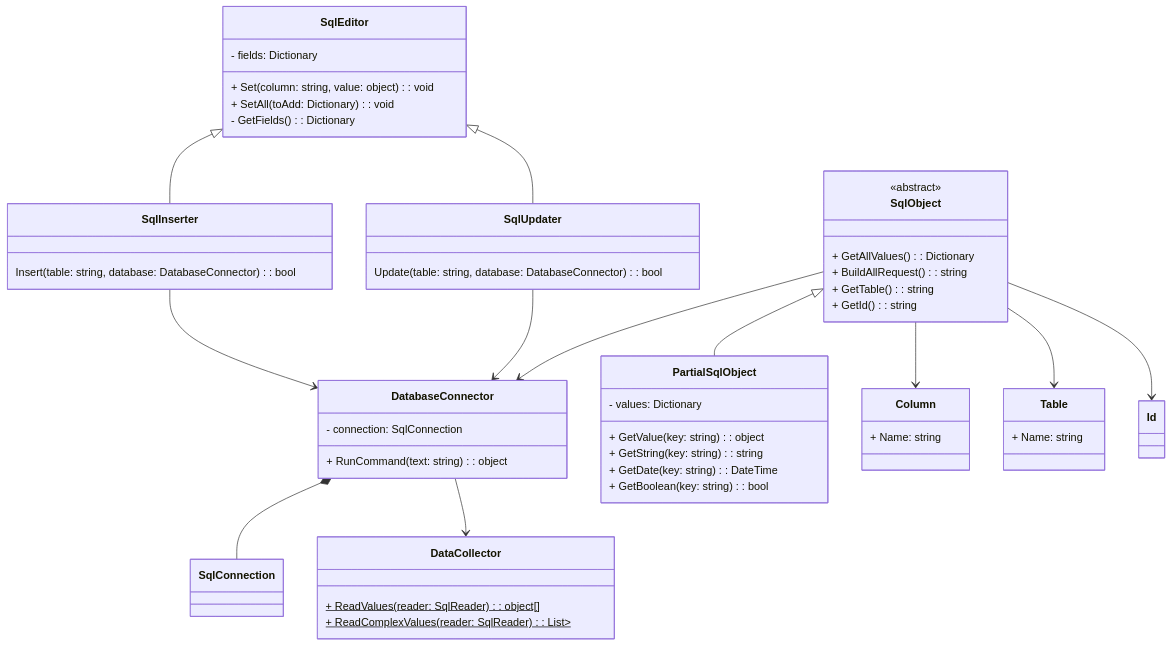
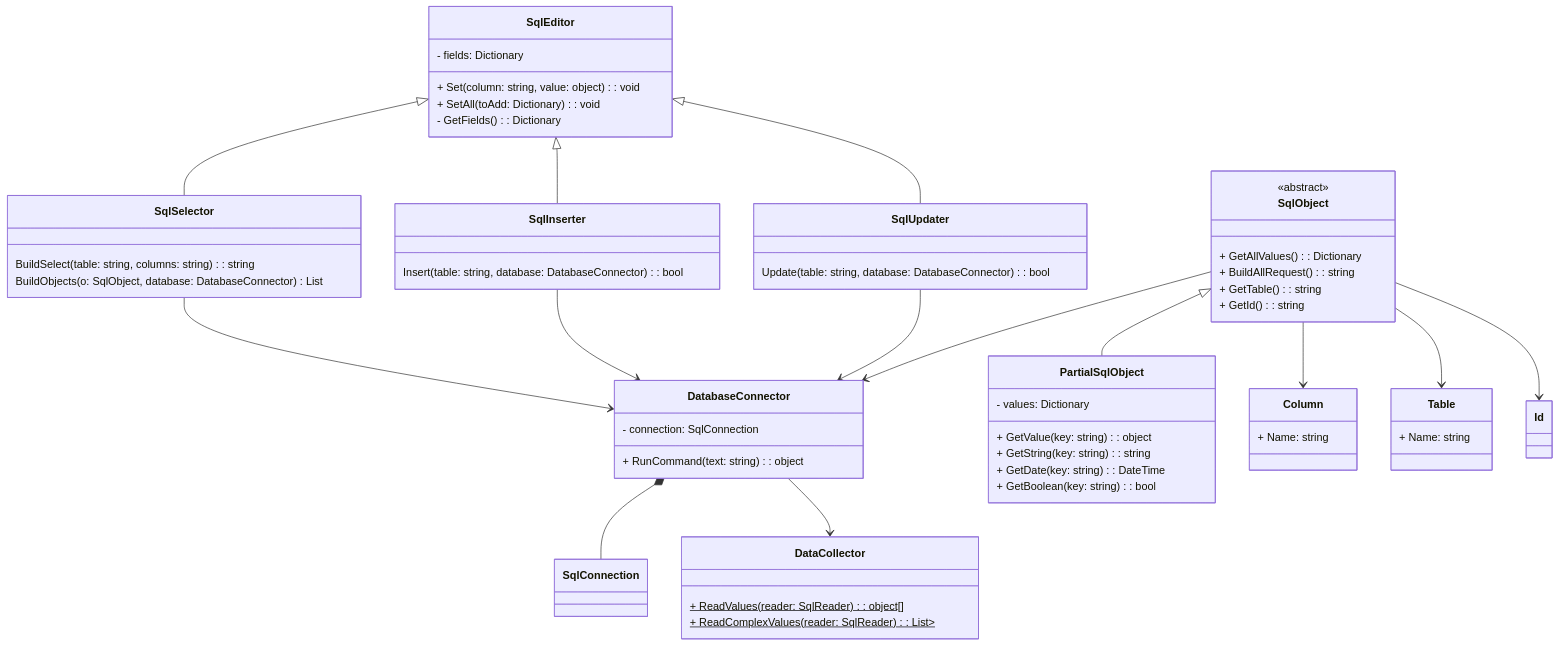
One commit to POeticPotatoes/Truffle changed the diagram in README.md. Above: the diagram before and after it, drawn with Mermaid. The commit also changed other lines of this file and 3 other files, not shown here.

Commit message:
Add documentation for SqlSelector

````diff
--- a/README.md
+++ b/README.md
@@ -28,66 +28,73 @@
 ```mermaid
 classDiagram
 
 class DatabaseConnector {
     - connection: SqlConnection
     + RunCommand(text: string): object
 }
 
 class DataCollector {
     + ReadValues(reader: SqlReader)$: object[]
     + ReadComplexValues(reader: SqlReader)$: List<Dictionary<string, object>>
 }
 
 class SqlObject {
     + GetAllValues(): Dictionary<string, object>
     + BuildAllRequest(): string
     + GetTable(): string
     + GetId(): string
 }
 <<abstract>> SqlObject
 
 class PartialSqlObject {
     - values: Dictionary<string, object>
     + GetValue(key: string): object
     + GetString(key: string): string
     + GetDate(key: string): DateTime
     + GetBoolean(key: string): bool
 }
 
 class Column {
     + Name: string
 }
 
 class Table {
     + Name: string
 }
 
 class Id
 
 class SqlEditor {
     - fields: Dictionary<string, string>
     + Set(column: string, value: object): void
     + SetAll(toAdd: Dictionary<string, object>): void
     - GetFields(): Dictionary<string, string>
 }
 
 class SqlInserter {
     Insert(table: string, database: DatabaseConnector): bool
 }
 
 class SqlUpdater {
     Update(table: string, database: DatabaseConnector): bool
 }
 
+class SqlSelector {
+    BuildSelect(table: string, columns: string): string
+    BuildObjects(o: SqlObject, database: DatabaseConnector) List<SqlObject>
+}
+
 DatabaseConnector *-- SqlConnection
 DatabaseConnector --> DataCollector
 SqlObject --> DatabaseConnector
 SqlObject --> Id
 SqlObject --> Column
 SqlObject --> Table
 SqlObject <|-- PartialSqlObject
 SqlEditor <|-- SqlUpdater
 SqlEditor <|-- SqlInserter
+SqlEditor <|-- SqlSelector
 SqlUpdater --> DatabaseConnector
 SqlInserter --> DatabaseConnector
+SqlSelector --> DatabaseConnector
 ```
````
